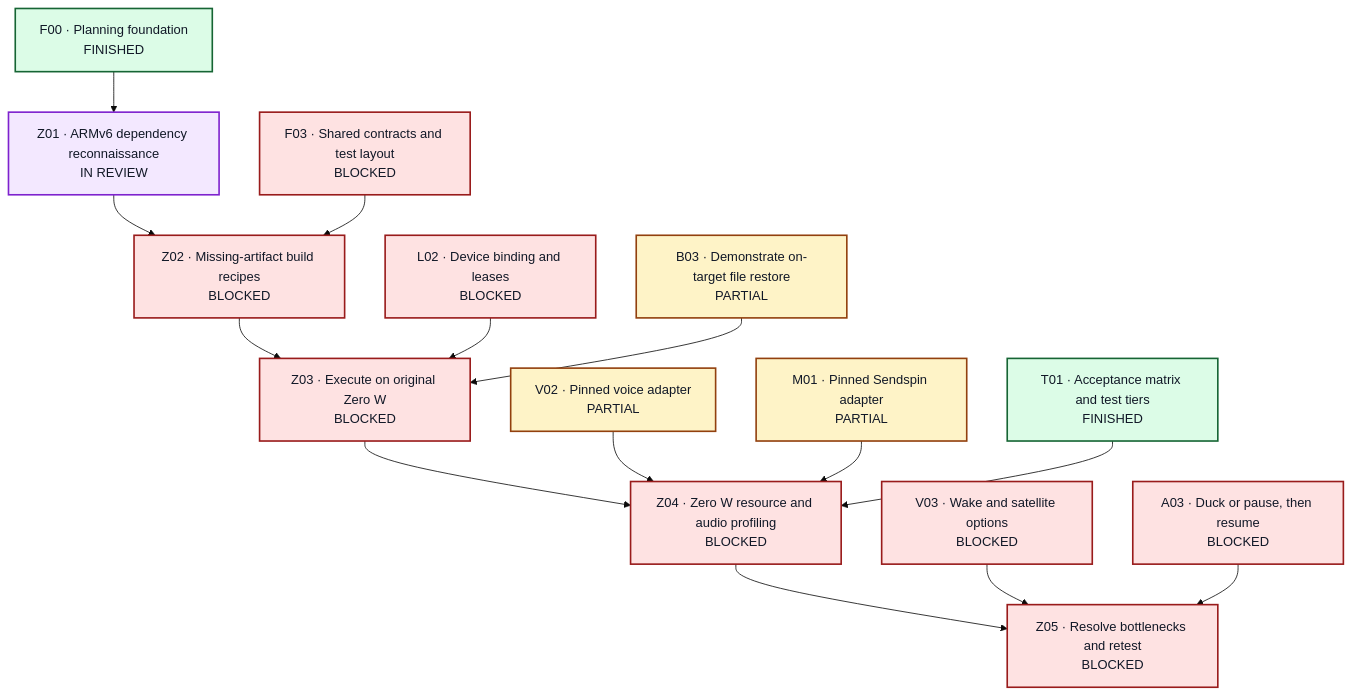
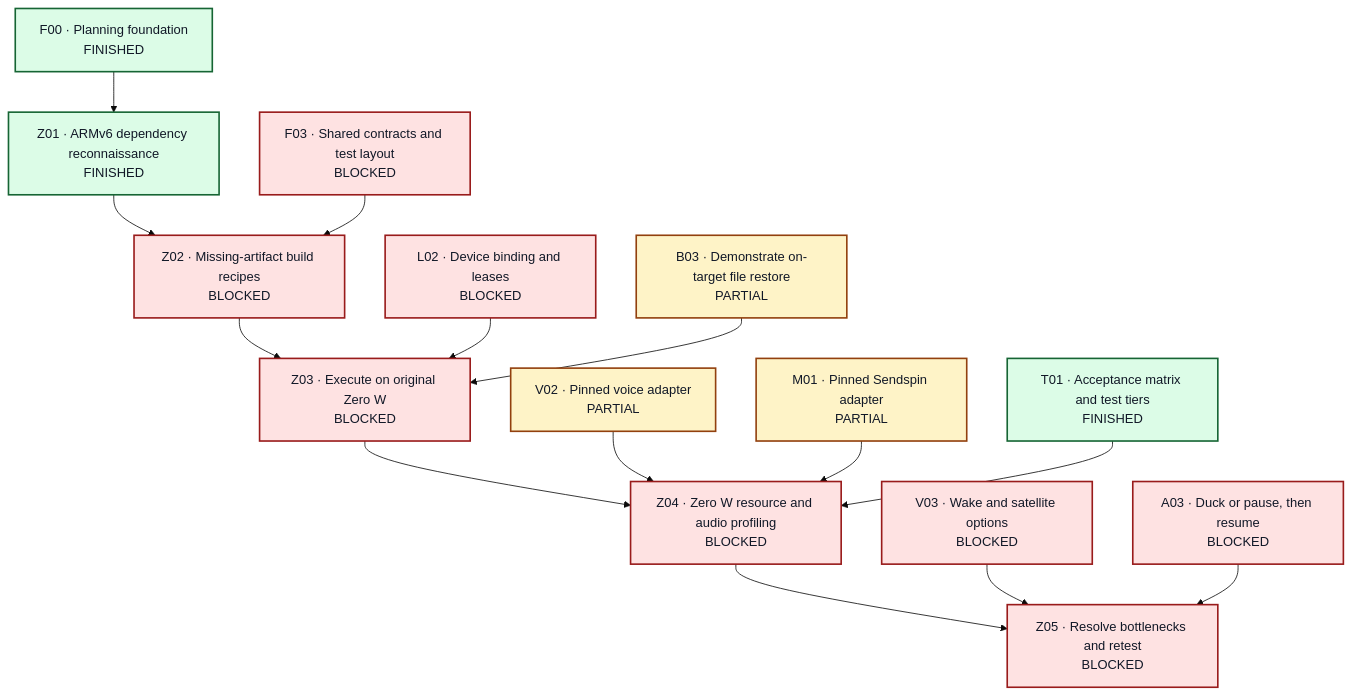
One commit to Joldiges/debra changed diagram 12 of 17 in docs/progress.md. Above: the diagram before and after it, drawn with Mermaid (base theme). The commit also changed other lines of this file and 9 other files, not shown here.

````diff
--- a/docs/progress.md
+++ b/docs/progress.md
@@ -606,36 +605,36 @@
 ```mermaid
 flowchart TD
     F00["F00 · Planning foundation<br/>FINISHED"]:::finished
     F03["F03 · Shared contracts and test layout<br/>BLOCKED"]:::blocked
     L02["L02 · Device binding and leases<br/>BLOCKED"]:::blocked
     A03["A03 · Duck or pause, then resume<br/>BLOCKED"]:::blocked
     V02["V02 · Pinned voice adapter<br/>PARTIAL"]:::partial
     V03["V03 · Wake and satellite options<br/>BLOCKED"]:::blocked
     M01["M01 · Pinned Sendspin adapter<br/>PARTIAL"]:::partial
-    Z01["Z01 · ARMv6 dependency reconnaissance<br/>IN REVIEW"]:::review
+    Z01["Z01 · ARMv6 dependency reconnaissance<br/>FINISHED"]:::finished
     Z02["Z02 · Missing-artifact build recipes<br/>BLOCKED"]:::blocked
     Z03["Z03 · Execute on original Zero W<br/>BLOCKED"]:::blocked
     Z04["Z04 · Zero W resource and audio profiling<br/>BLOCKED"]:::blocked
     Z05["Z05 · Resolve bottlenecks and retest<br/>BLOCKED"]:::blocked
     B03["B03 · Demonstrate on-target file restore<br/>PARTIAL"]:::partial
     T01["T01 · Acceptance matrix and test tiers<br/>FINISHED"]:::finished
     F00 --> Z01
     Z01 --> Z02
     F03 --> Z02
     Z02 --> Z03
     L02 --> Z03
     B03 --> Z03
     Z03 --> Z04
     V02 --> Z04
     M01 --> Z04
     T01 --> Z04
     Z04 --> Z05
     V03 --> Z05
     A03 --> Z05
     classDef finished fill:#dcfce7,stroke:#166534,color:#111827,stroke-width:2px;
     classDef running fill:#dbeafe,stroke:#1e40af,color:#111827,stroke-width:2px;
     classDef review fill:#f3e8ff,stroke:#7e22ce,color:#111827,stroke-width:2px;
     classDef partial fill:#fef3c7,stroke:#92400e,color:#111827,stroke-width:2px;
     classDef blocked fill:#fee2e2,stroke:#991b1b,color:#111827,stroke-width:2px;
     classDef untouched fill:#f1f5f9,stroke:#475569,color:#111827,stroke-width:2px;
 ```
````
